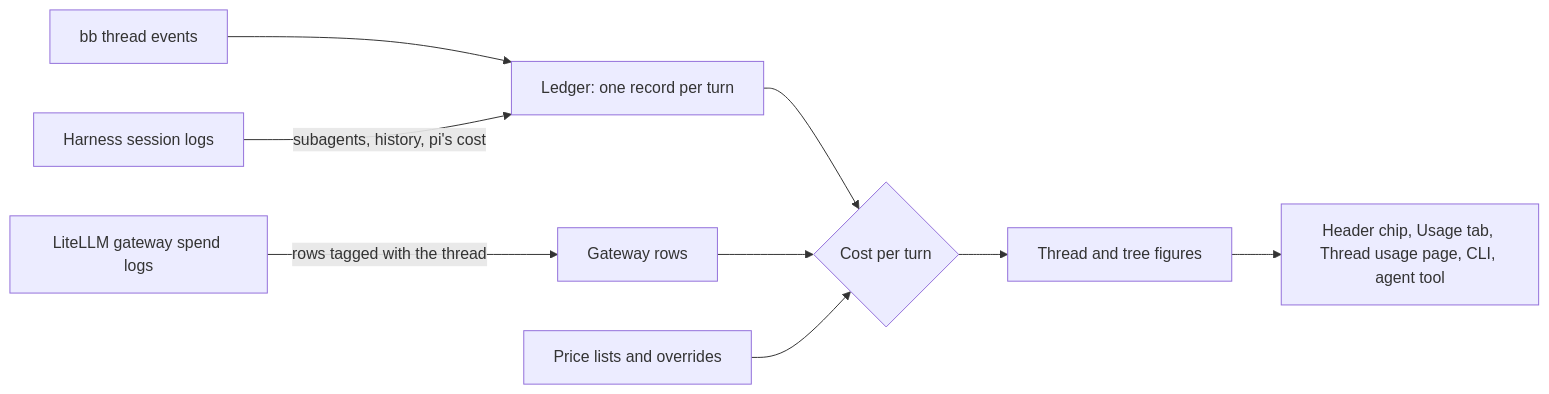
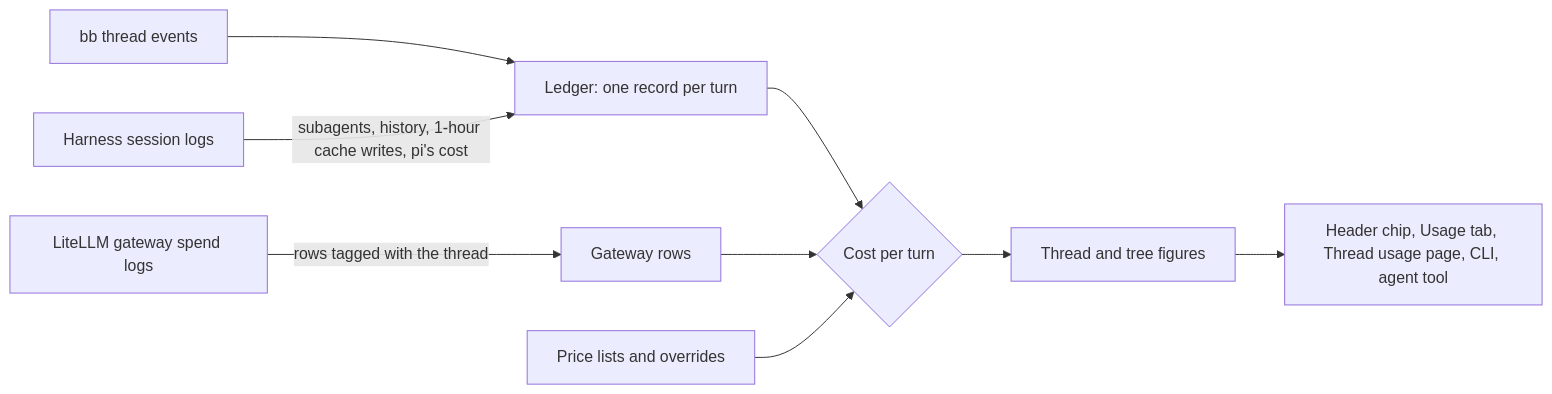
Before and after one commit to gperezmz/bb-plugins: the diagram in docs/explanation/thread-usage-counting.md, drawn with Mermaid. The commit also changed other lines of this file and 6 other files, not shown here.

First line of the commit message:
fix(thread-usage): price Claude Code's 1-hour cache writes as 1-hour (#185)

````diff
--- a/docs/explanation/thread-usage-counting.md
+++ b/docs/explanation/thread-usage-counting.md
@@ -5,11 +5,11 @@
 ```mermaid
 flowchart LR
   events["bb thread events"] --> ledger["Ledger: one record per turn"]
-  logs["Harness session logs"] -->|subagents, history, pi's cost| ledger
+  logs["Harness session logs"] -->|subagents, history, 1-hour cache writes, pi's cost| ledger
   gateway["LiteLLM gateway spend logs"] -->|rows tagged with the thread| rows["Gateway rows"]
   ledger --> cost{"Cost per turn"}
   rows --> cost
   prices["Price lists and overrides"] --> cost
   cost --> figures["Thread and tree figures"]
   figures --> surfaces["Header chip, Usage tab, Thread usage page, CLI, agent tool"]
 ```
````
